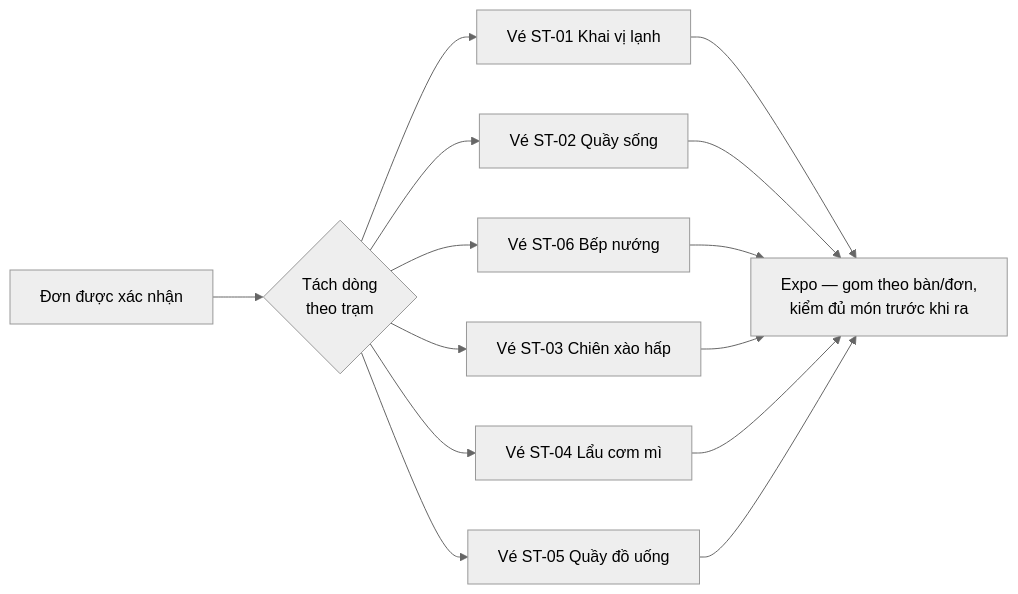
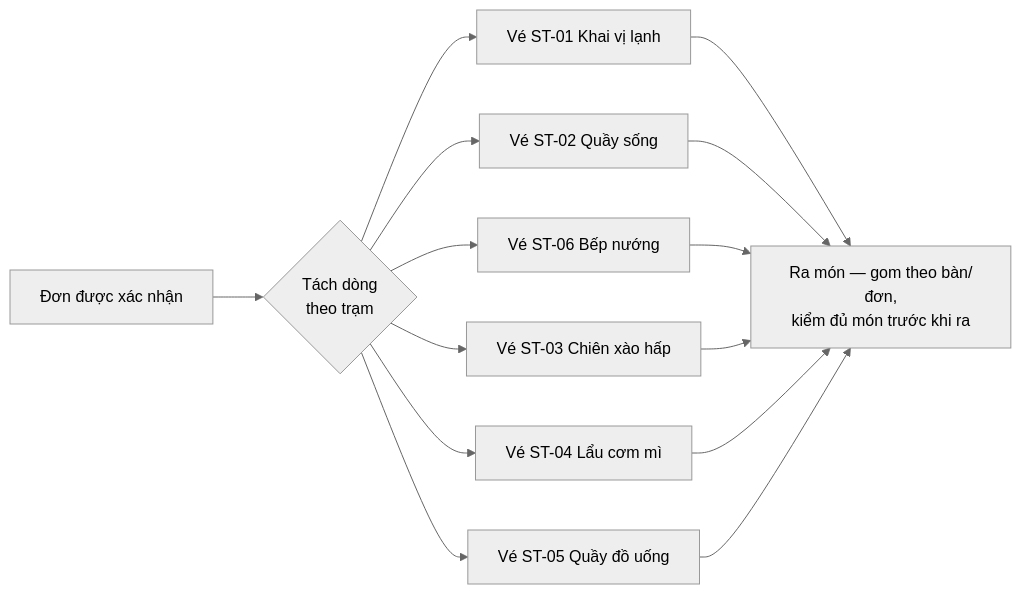
The third of 3 diagrams in huong-dan-su-dung/01-tong-quan-he-thong.md (nguyendinhlong04/tokyo-sora), drawn with Mermaid (neutral theme) before and after one commit. The commit also changed other lines of this file and 3 other files, not shown here.

````diff
--- a/huong-dan-su-dung/01-tong-quan-he-thong.md
+++ b/huong-dan-su-dung/01-tong-quan-he-thong.md
@@ -145,16 +145,16 @@
 ```mermaid
 flowchart LR
     D["Đơn được xác nhận"] --> E{"Tách dòng<br/>theo trạm"}
     E --> S1["Vé ST-01 Khai vị lạnh"]
     E --> S2["Vé ST-02 Quầy sống"]
     E --> S6["Vé ST-06 Bếp nướng"]
     E --> S3["Vé ST-03 Chiên xào hấp"]
     E --> S4["Vé ST-04 Lẩu cơm mì"]
     E --> S5["Vé ST-05 Quầy đồ uống"]
-    S1 --> X["Expo — gom theo bàn/đơn,<br/>kiểm đủ món trước khi ra"]
+    S1 --> X["Ra món — gom theo bàn/đơn,<br/>kiểm đủ món trước khi ra"]
     S2 --> X
     S6 --> X
     S3 --> X
     S4 --> X
     S5 --> X
 ```
````
